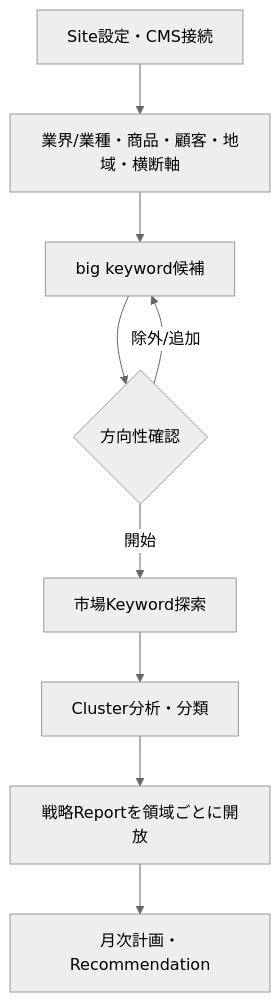
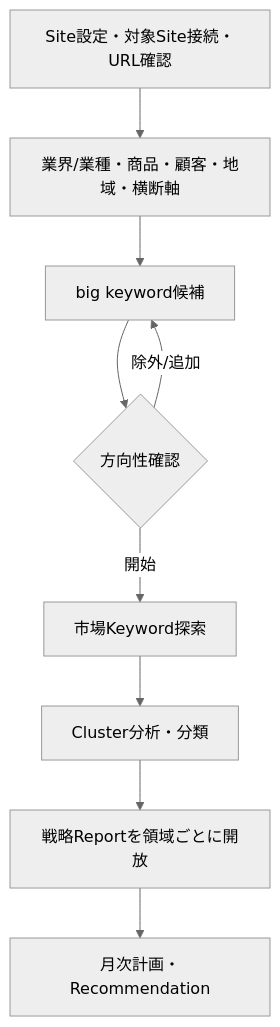
Before and after one commit to unison-ai-product/AI-Office-de-SEO: the second of 13 diagrams in docs/design/ai-office-de-seo/L3-ui-prototype/ai-office-de-seo-screen-flow_v3.7.md, drawn with Mermaid (neutral theme). The commit also changed other lines of this file and 7 other files, not shown here.

````diff
--- a/docs/design/ai-office-de-seo/L3-ui-prototype/ai-office-de-seo-screen-flow_v3.7.md
+++ b/docs/design/ai-office-de-seo/L3-ui-prototype/ai-office-de-seo-screen-flow_v3.7.md
@@ -53,11 +53,11 @@
 ```mermaid
 flowchart TD
-  A[Site設定・CMS接続] --> B[業界/業種・商品・顧客・地域・横断軸]
+  A[Site設定・対象Site接続・URL確認] --> B[業界/業種・商品・顧客・地域・横断軸]
   B --> C[big keyword候補]
   C --> D{方向性確認}
   D -->|除外/追加| C
   D -->|開始| E[市場Keyword探索]
   E --> F[Cluster分析・分類]
   F --> G[戦略Reportを領域ごとに開放]
   G --> H[月次計画・Recommendation]
 ```
````
